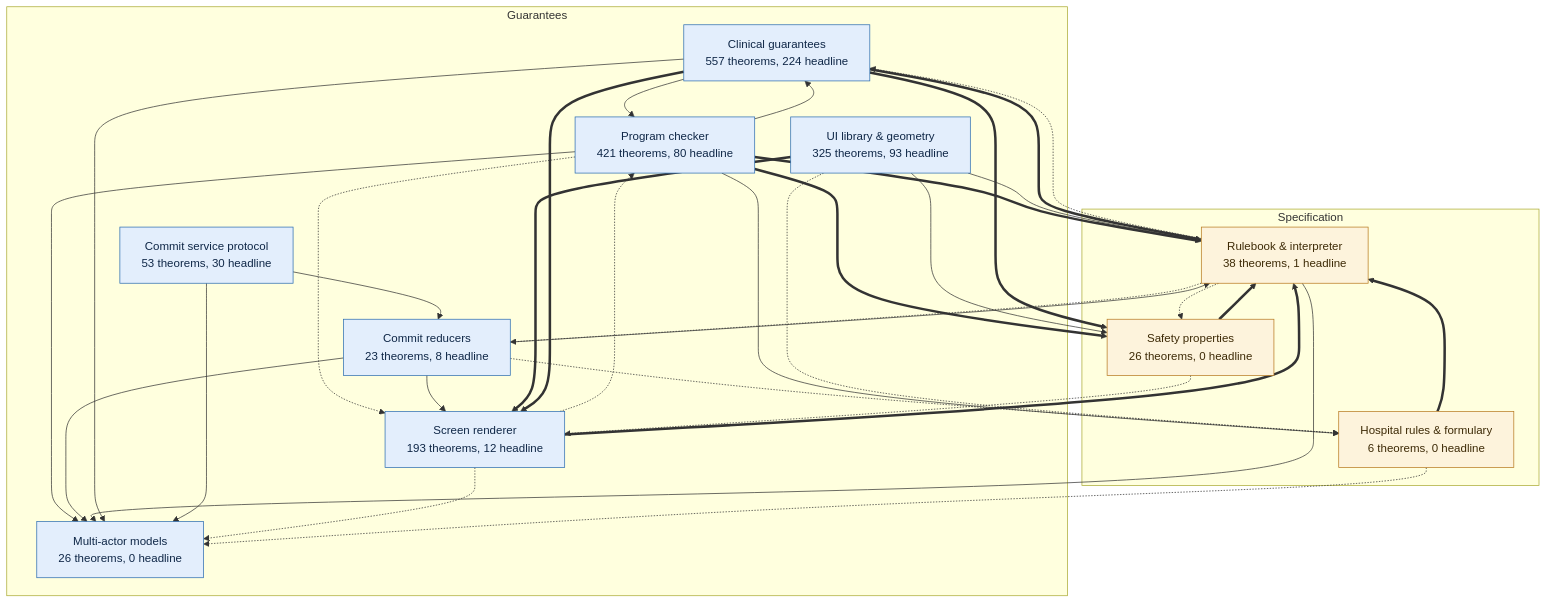
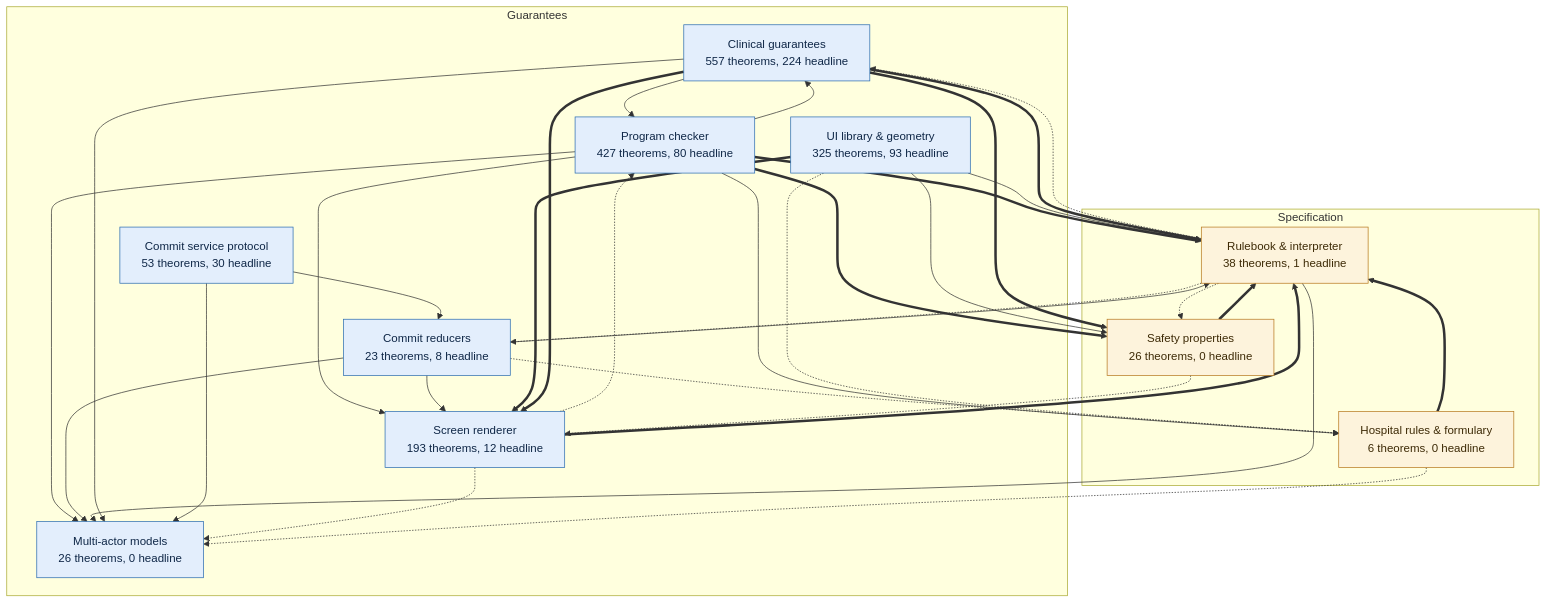
The first of 10 diagrams in docs/proof-map.md (saithat/VGI-Health), drawn with Mermaid before and after one commit. The commit also changed 17 other files, not shown here.

````diff
--- a/docs/proof-map.md
+++ b/docs/proof-map.md
@@ -15,51 +15,51 @@
 ```mermaid
 flowchart TB
   subgraph guar_g["Guarantees"]
     proofs["Clinical guarantees<br/>557 theorems, 224 headline"]:::guar
-    check["Program checker<br/>421 theorems, 80 headline"]:::guar
+    check["Program checker<br/>427 theorems, 80 headline"]:::guar
     render["Screen renderer<br/>193 theorems, 12 headline"]:::guar
     layout["UI library &amp; geometry<br/>325 theorems, 93 headline"]:::guar
     commit["Commit reducers<br/>23 theorems, 8 headline"]:::guar
     protocol["Commit service protocol<br/>53 theorems, 30 headline"]:::guar
     multi["Multi-actor models<br/>26 theorems, 0 headline"]:::guar
   end
   subgraph spec_g["Specification"]
     core["Rulebook &amp; interpreter<br/>38 theorems, 1 headline"]:::spec
     props["Safety properties<br/>26 theorems, 0 headline"]:::spec
     specs["Hospital rules &amp; formulary<br/>6 theorems, 0 headline"]:::spec
   end
   check ==> core
   check --> multi
   check --> proofs
   check ==> props
-  check -.-> render
+  check --> render
   check --> specs
   commit --> core
   commit --> multi
   commit --> render
   commit -.-> specs
   core -.-> commit
   core --> multi
   core -.-> proofs
   core -.-> props
   layout --> core
   layout --> props
   layout ==> render
   layout -.-> specs
   proofs --> check
   proofs ==> core
   proofs --> multi
   proofs ==> props
   proofs ==> render
   props ==> core
   props -.-> render
   protocol --> commit
   protocol --> multi
   render -.-> check
   render ==> core
   render -.-> multi
   specs ==> core
   specs -.-> multi
   classDef spec fill:#fdf3dc,stroke:#b7791f,color:#3d2a06
   classDef guar fill:#e3eefc,stroke:#2b6cb0,color:#0f2747
 ```
````
